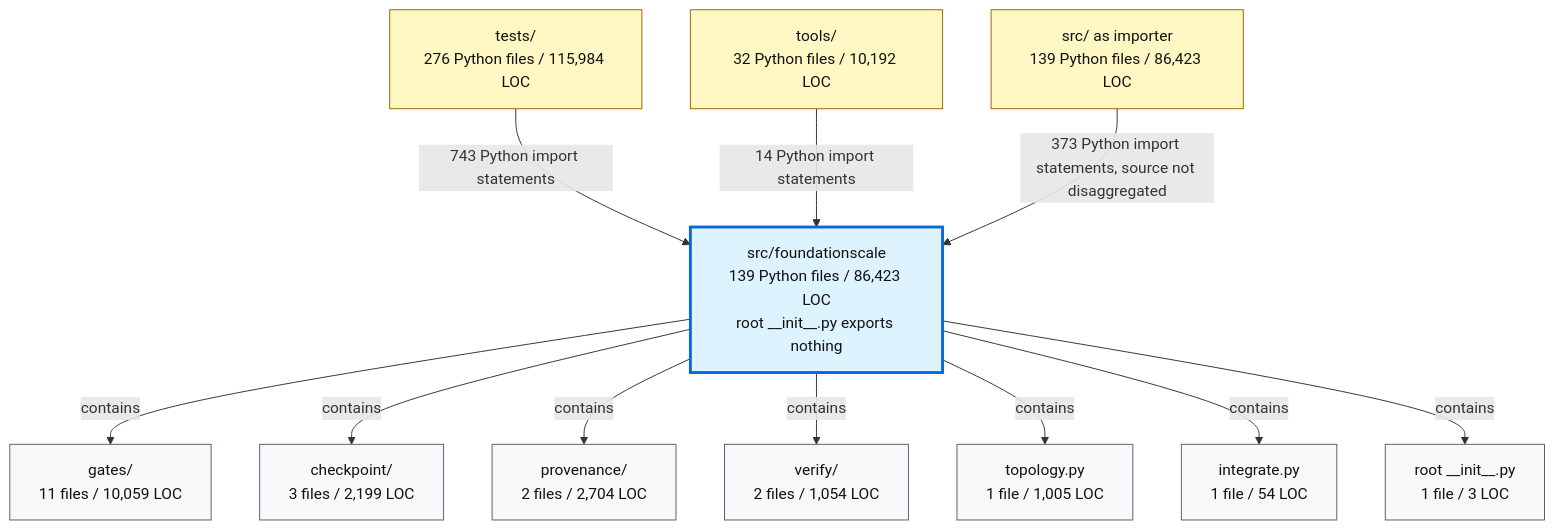
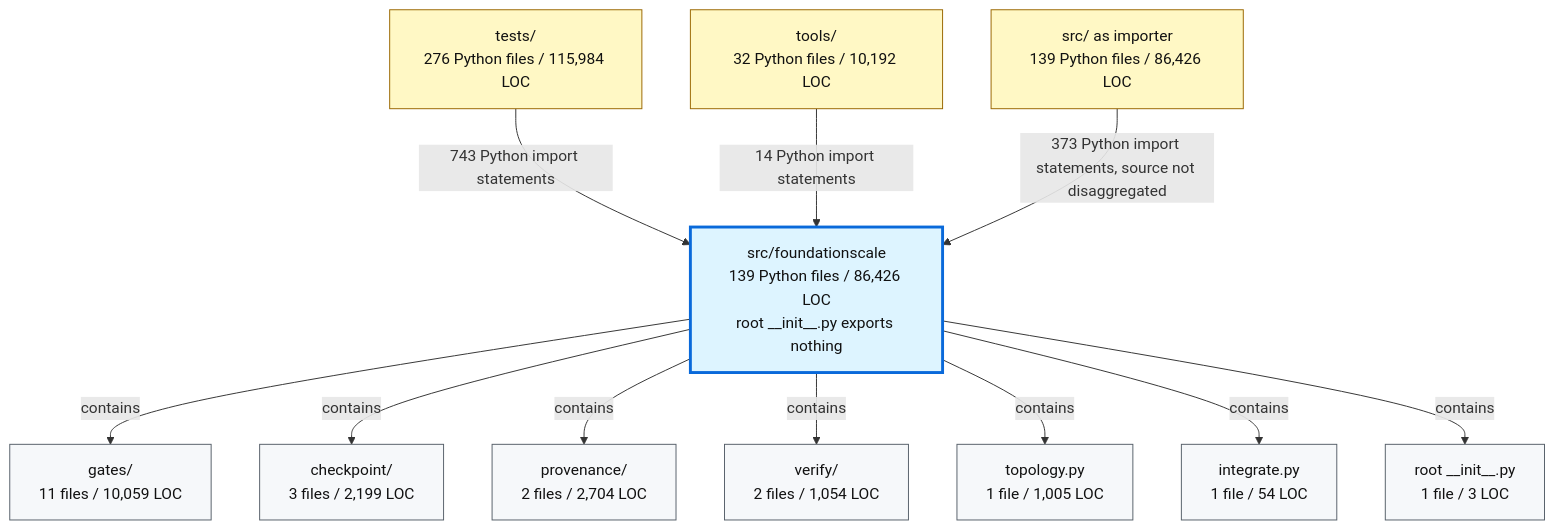
The second of 2 diagrams in docs/review/D2_current_architecture.md (TranNhiem/FoundationScale), drawn with Mermaid before and after one commit. The commit also changed other lines of this file and 10 other files, not shown here.

````diff
--- a/docs/review/D2_current_architecture.md
+++ b/docs/review/D2_current_architecture.md
@@ -97,36 +97,36 @@
 ```mermaid
 flowchart TB
   TESTS["tests/<br/>276 Python files / 115,984 LOC"]
   TOOLS["tools/<br/>32 Python files / 10,192 LOC"]
-  SRC["src/ as importer<br/>139 Python files / 86,423 LOC"]
+  SRC["src/ as importer<br/>139 Python files / 86,426 LOC"]
 
-  FS["src/foundationscale<br/>139 Python files / 86,423 LOC<br/>root __init__.py exports nothing"]
+  FS["src/foundationscale<br/>139 Python files / 86,426 LOC<br/>root __init__.py exports nothing"]
 
   GATES["gates/<br/>11 files / 10,059 LOC"]
   CKPT["checkpoint/<br/>3 files / 2,199 LOC"]
   PROV["provenance/<br/>2 files / 2,704 LOC"]
   VERIFY["verify/<br/>2 files / 1,054 LOC"]
   TOPO["topology.py<br/>1 file / 1,005 LOC"]
   INTEG["integrate.py<br/>1 file / 54 LOC"]
   ROOT["root __init__.py<br/>1 file / 3 LOC"]
 
   TESTS -->|"743 Python import statements"| FS
   TOOLS -->|"14 Python import statements"| FS
   SRC -->|"373 Python import statements, source not disaggregated"| FS
 
   FS -->|"contains"| GATES
   FS -->|"contains"| CKPT
   FS -->|"contains"| PROV
   FS -->|"contains"| VERIFY
   FS -->|"contains"| TOPO
   FS -->|"contains"| INTEG
   FS -->|"contains"| ROOT
 
   classDef consumer fill:#fff8c5,stroke:#9a6700,color:#111;
   classDef package fill:#ddf4ff,stroke:#0969da,stroke-width:3px,color:#111;
   classDef module fill:#f6f8fa,stroke:#57606a,color:#111;
 
   class TESTS,TOOLS,SRC consumer;
   class FS package;
   class GATES,CKPT,PROV,VERIFY,TOPO,INTEG,ROOT module;
 ```
````
